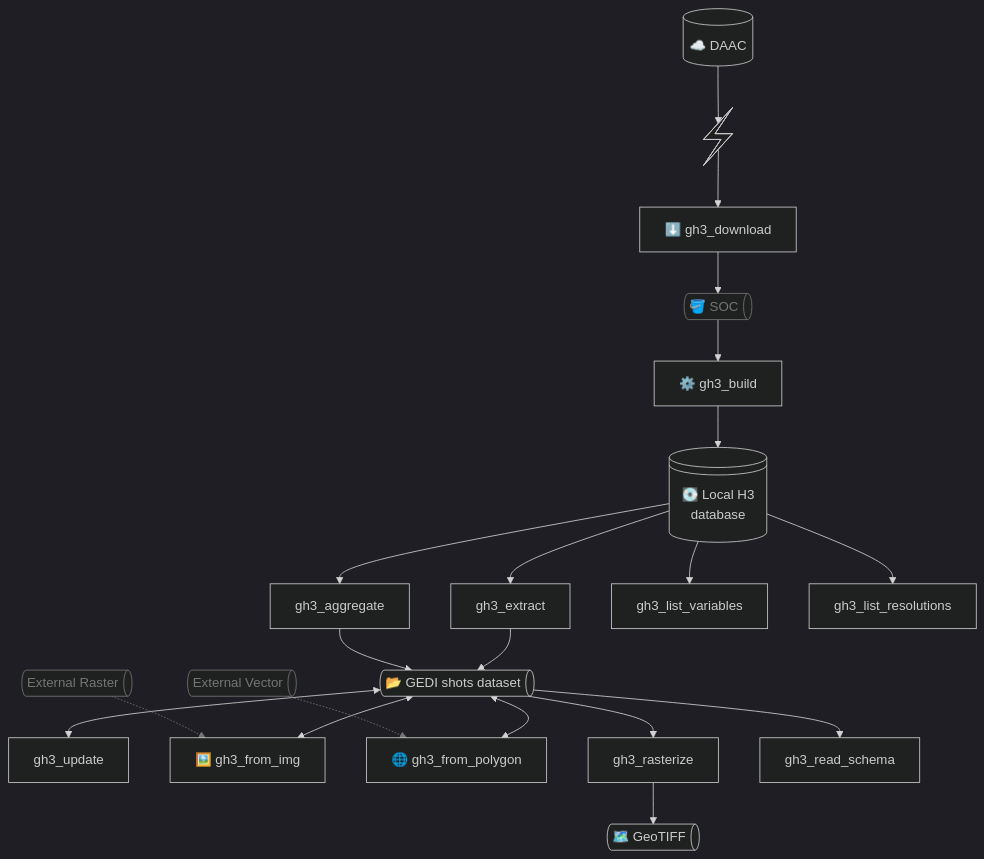
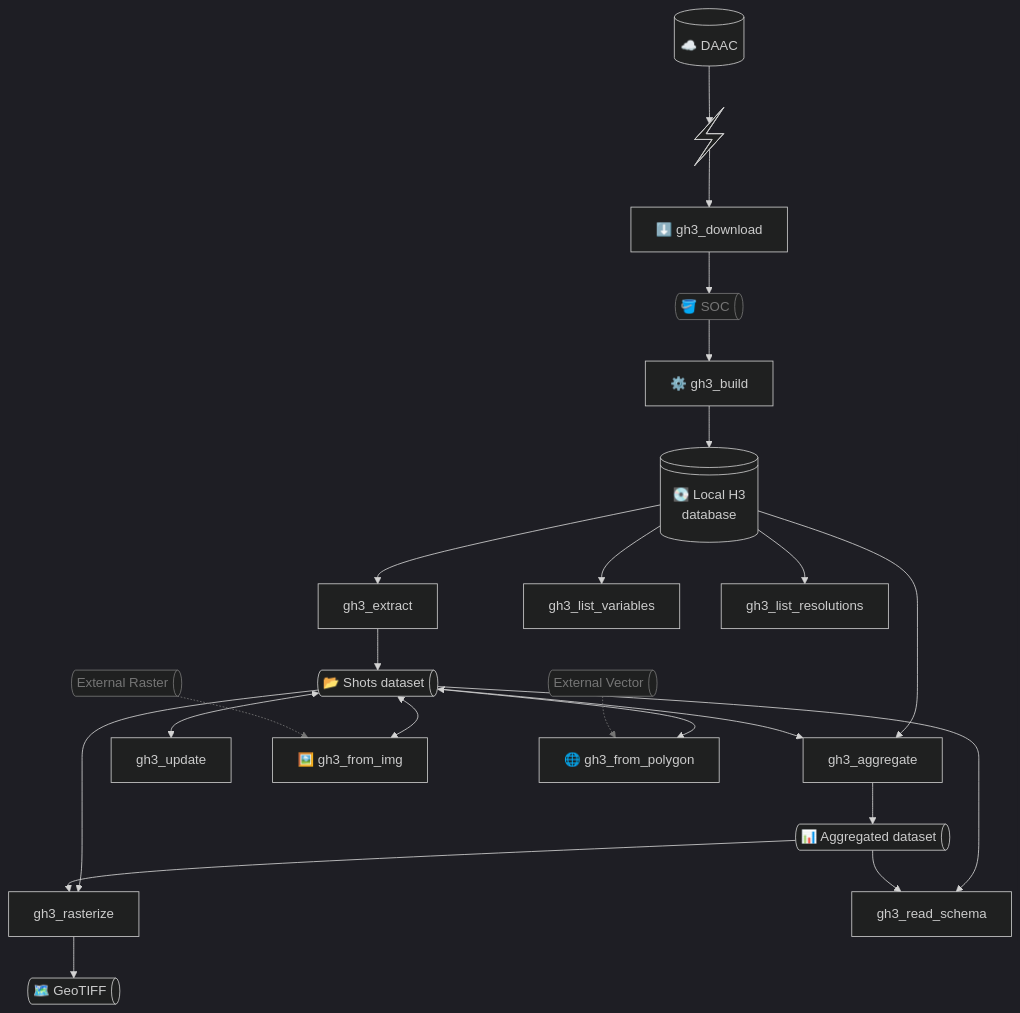
The diagram in README.md (tiagodc/GEDI-H3), drawn with Mermaid before and after one commit.

Commit message:
mermaid updated

````diff
--- a/README.md
+++ b/README.md
@@ -131,37 +131,41 @@
 ```mermaid
 %%{init: {'theme':'dark'}}%%
 flowchart TB
     n1["☁️ DAAC"] --> n2["🌐"]
     n2 --> n17["⬇️ gh3_download"]
     n17 --> n4["🪣 SOC"]
     n4 --> C["⚙️ gh3_build"]
     C --> n3["💽 Local H3<br>database"]
     n3 --> D["gh3_extract"]
     n3 --> n6["gh3_aggregate"]
-    D --> n14["📂 GEDI shots dataset"]
-    n6 --> n14
-    n14 <--> n12["gh3_update"]
-    n14 <--> n8["🖼️ gh3_from_img"]
-    n14 <--> n9["🌐 gh3_from_polygon"]
-    n14 --> RAST["gh3_rasterize"]
+    D --> SHOTS["📂 Shots dataset"]
+    SHOTS --> n6
+    n6 --> AGG["📊 Aggregated dataset"]
+    SHOTS <--> n12["gh3_update"]
+    SHOTS <--> n8["🖼️ gh3_from_img"]
+    SHOTS <--> n9["🌐 gh3_from_polygon"]
+    SHOTS --> RAST["gh3_rasterize"]
+    AGG --> RAST
     RAST --> TIF["🗺️ GeoTIFF"]
     n15["External Raster"] -.-> n8
     n16["External Vector"] -.-> n9
     n3 --> n10["gh3_list_variables"]
     n3 --> n11["gh3_list_resolutions"]
-    n14 --> n13["gh3_read_schema"]
+    SHOTS --> n13["gh3_read_schema"]
+    AGG --> n13
     n1@{ shape: db}
     n2@{ shape: com-link}
     n3@{ shape: disk}
     n4@{ shape: das}
-    n14@{ shape: das}
+    SHOTS@{ shape: das}
+    AGG@{ shape: das}
     TIF@{ shape: das}
     n15@{ shape: das}
     n16@{ shape: das}
     n4:::fade
     n15:::fade
     n16:::fade
     classDef fade stroke:#757575,color:#757575
-    linkStyle 14 stroke:#757575,fill:none
-    linkStyle 15 stroke:#757575,fill:none
+    linkStyle 16 stroke:#757575,fill:none
+    linkStyle 17 stroke:#757575,fill:none
 ```
````
